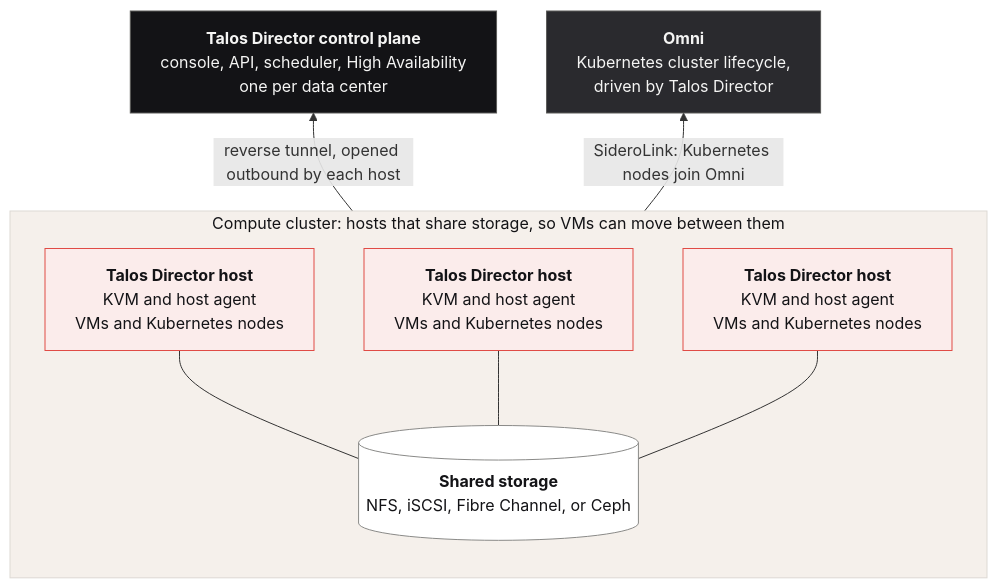
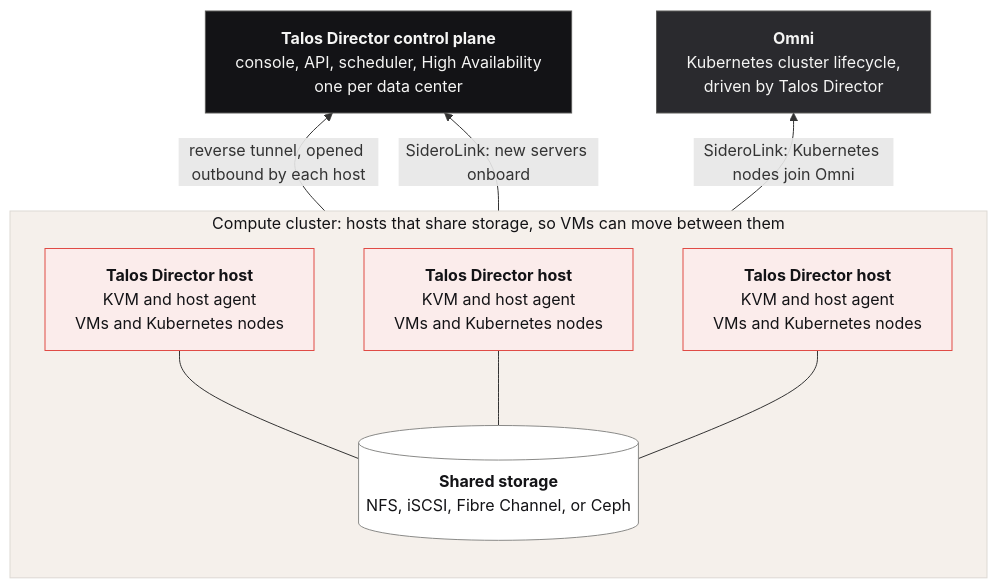
The diagram in public/director/overview/how-talos-director-works.mdx (siderolabs/docs), drawn with Mermaid before and after one commit. The commit also changed other lines of this file, not shown here.

First line of the commit message:
docs: update How Talos Director Works with architecture answers from Neil

````diff
--- a/public/director/overview/how-talos-director-works.mdx
+++ b/public/director/overview/how-talos-director-works.mdx
@@ -23,27 +23,28 @@
 ```mermaid
 %%{init: {"flowchart": {"wrappingWidth": 360}}}%%
 flowchart BT
   subgraph cluster["<span style='color:#131316'>Compute cluster: hosts that share storage, so VMs can move between them</span>"]
     h1["<b>Talos Director host</b><br/>KVM and host agent<br/>VMs and Kubernetes nodes"]
     h2["<b>Talos Director host</b><br/>KVM and host agent<br/>VMs and Kubernetes nodes"]
     h3["<b>Talos Director host</b><br/>KVM and host agent<br/>VMs and Kubernetes nodes"]
     pool[("<b>Shared storage</b><br/>NFS, iSCSI, Fibre Channel, or Ceph")]
   end
 
   cp["<b>Talos Director control plane</b><br/>console, API, scheduler, High Availability<br/>one per data center"]
   omni["<b>Omni</b><br/>Kubernetes cluster lifecycle,<br/>driven by Talos Director"]
 
   h1 & h2 & h3 --- pool
   cluster -- "reverse tunnel, opened outbound by each host" --> cp
+  cluster -- "SideroLink: new servers onboard" --> cp
   cluster -- "SideroLink: Kubernetes nodes join Omni" --> omni
 
   classDef dir fill:#131316,stroke:#5A5A58,color:#F5F5F4
   classDef omni fill:#2A2A2E,stroke:#5A5A58,color:#F5F5F4
   classDef host fill:#FBECEB,stroke:#E04B45,color:#131316
   classDef pool fill:#FFFFFF,stroke:#8A8A88,color:#131316
   class cp dir
   class omni omni
   class h1,h2,h3 host
   class pool pool
   style cluster fill:#F5F0EB,stroke:#DDD9D4,color:#131316
 ```
````
